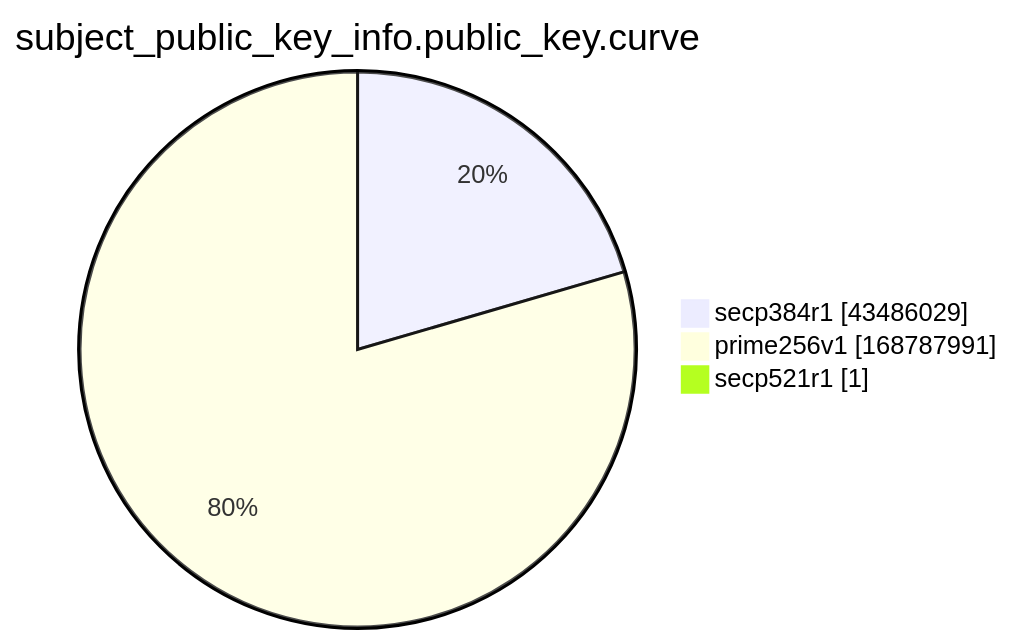
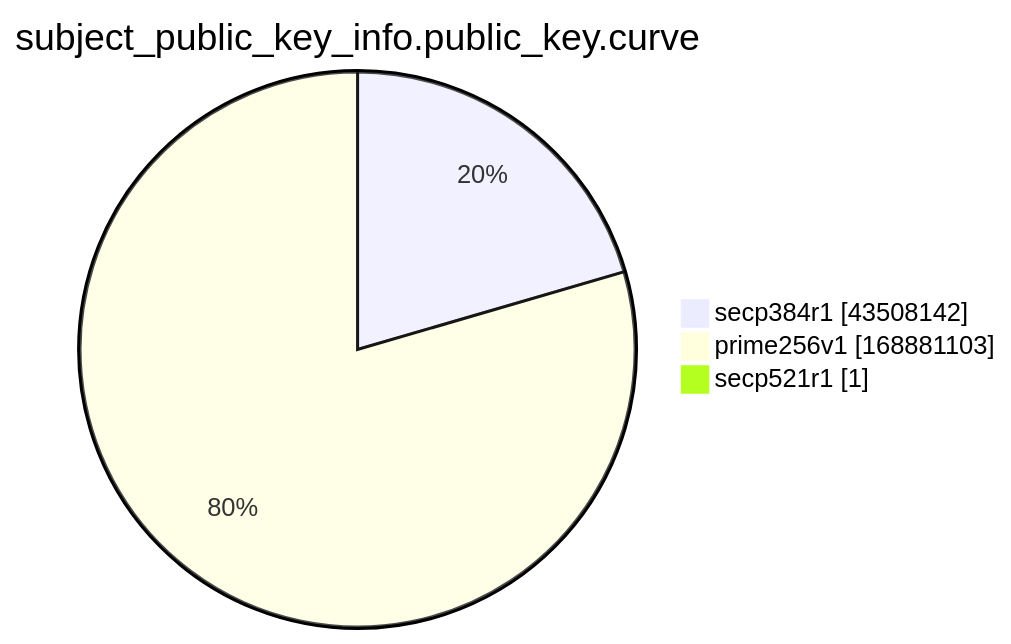
One commit to christiankrug/ctmonitor_visualization changed the ninth of 15 diagrams in xenon2022/README.md. Above: the diagram before and after it, drawn with Mermaid. The commit also changed other lines of this file, not shown here.

````diff
--- a/xenon2022/README.md
+++ b/xenon2022/README.md
@@ -2870,7 +2870,7 @@
 ```mermaid
 pie showData
 title subject_public_key_info.public_key.curve
-"secp384r1" :43486029
-"prime256v1" :168787991
+"secp384r1" :43508142
+"prime256v1" :168881103
 "secp521r1" :1
 ```
````
